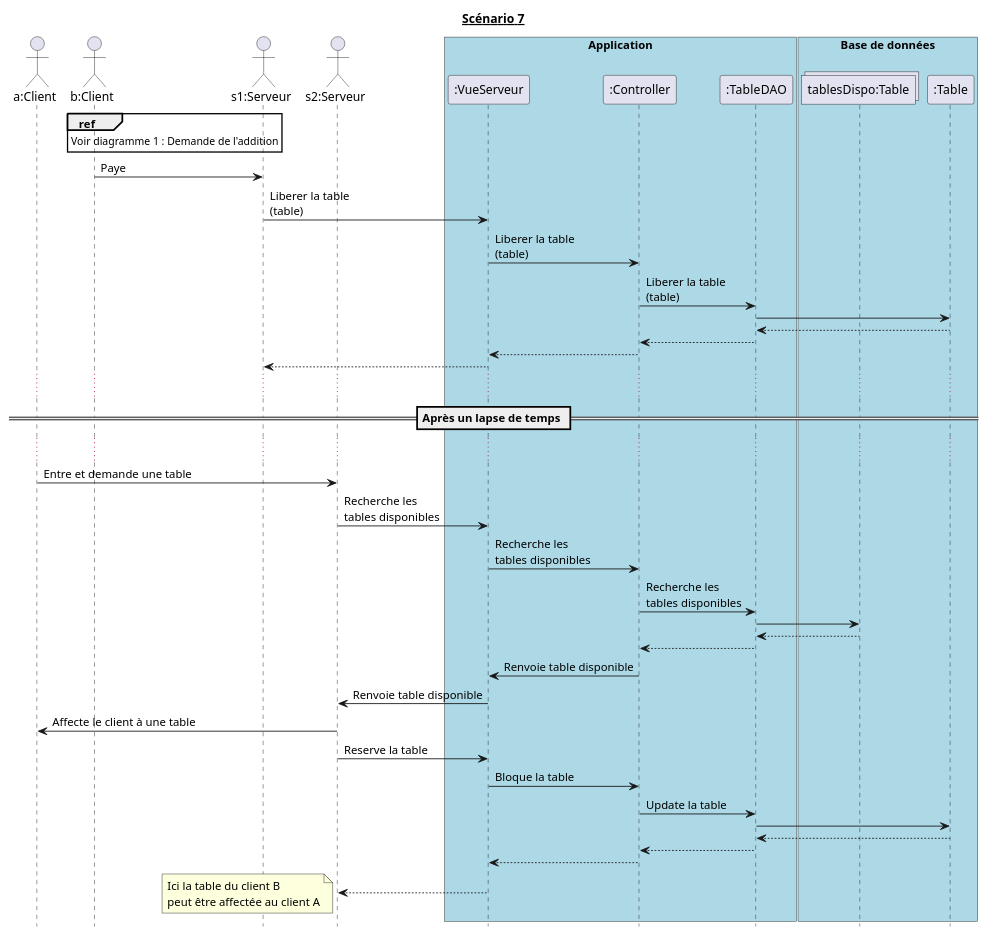
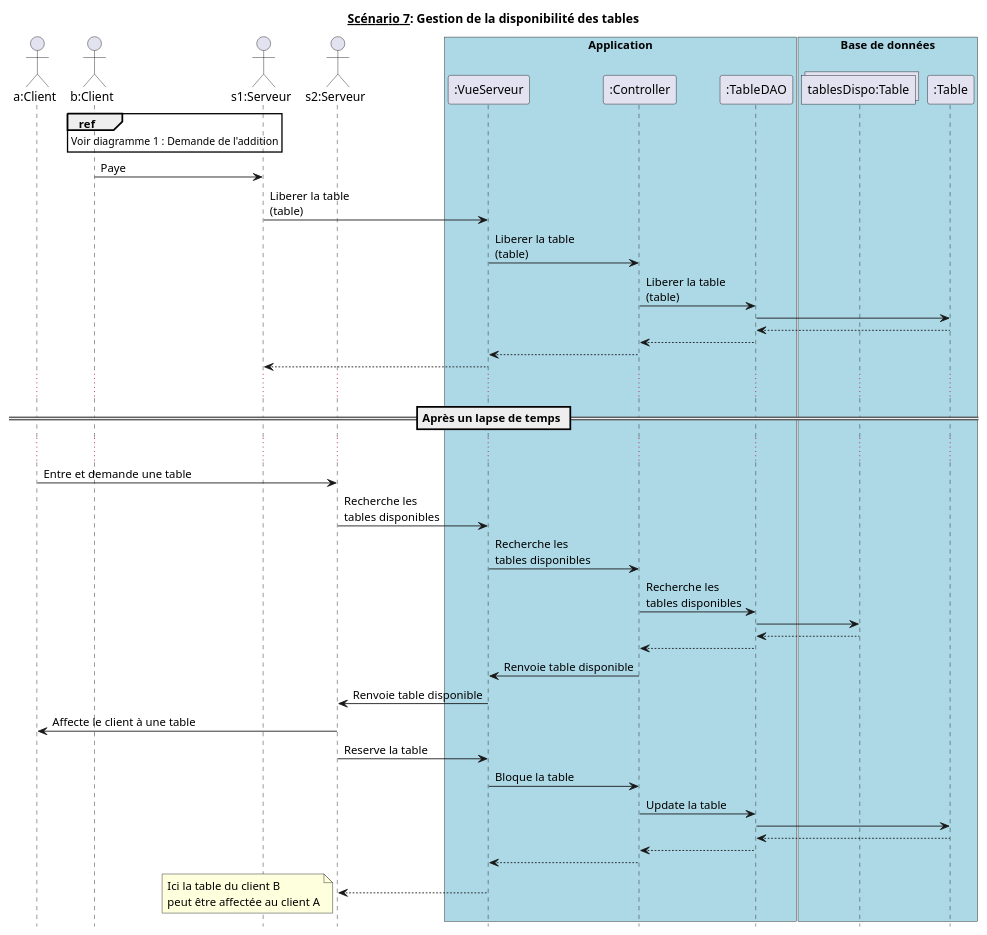
Before and after one commit to hulskenA/GL-Les_seigneurs_du_resto: the diagram in diagrammes_sequences_detailles/dss7.md, drawn with PlantUML. The commit also changed 14 other files, not shown here.

````diff
--- a/diagrammes_sequences_detailles/dss7.md
+++ b/diagrammes_sequences_detailles/dss7.md
@@ -1,63 +1,63 @@
 ```puml
 @startuml
 hide footbox
-title __Scénario 7__
+title __Scénario 7__: Gestion de la disponibilité des tables
 
 actor "a:Client" as ClientA order 10
 actor "b:Client" as ClientB order 20
 
 actor "s1:Serveur" as Serveur1 order 30
 actor "s2:Serveur" as Serveur2 order 40
 
 box "Application" #Lightblue
     participant ":VueServeur" as VueServeur order 50
     participant ":Controller" as Controller order 60
     participant ":TableDAO" as TableDAO order 70
 endbox
 
 box "Base de données" #Lightblue
   collections "tablesDispo:Table" as TableDispo order 80
   participant ":Table" as Table order 90
 endbox
 
 ref over ClientB
   Voir diagramme 1 : Demande de l'addition
 end
 
 ClientB -> Serveur1 : Paye
 Serveur1 -> VueServeur : Liberer la table\n(table)
 VueServeur -> Controller : Liberer la table\n(table)
 Controller -> TableDAO : Liberer la table\n(table)
 TableDAO -> Table
 TableDAO <-- Table
 Controller <-- TableDAO
 Controller --> VueServeur
 VueServeur --> Serveur1
 
 ...
 == Après un lapse de temps ==
 ...
 
 ClientA -> Serveur2 : Entre et demande une table
 Serveur2 -> VueServeur : Recherche les\ntables disponibles
 VueServeur -> Controller : Recherche les\ntables disponibles
 Controller -> TableDAO : Recherche les\ntables disponibles
 TableDAO -> TableDispo
 TableDAO <-- TableDispo
 Controller <-- TableDAO
 VueServeur <- Controller : Renvoie table disponible
 Serveur2 <- VueServeur : Renvoie table disponible
 Serveur2 -> ClientA : Affecte le client à une table
 
 Serveur2 -> VueServeur : Reserve la table
 VueServeur -> Controller : Bloque la table
 Controller -> TableDAO : Update la table
 TableDAO -> Table
 TableDAO <-- Table
 Controller <-- TableDAO
 Controller --> VueServeur
 VueServeur --> Serveur2
 note left : Ici la table du client B\npeut être affectée au client A
 
 @enduml
 ```
````
